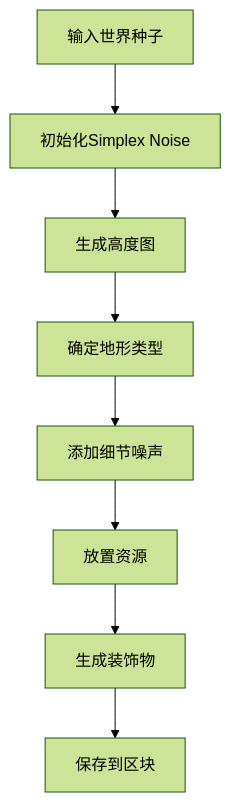
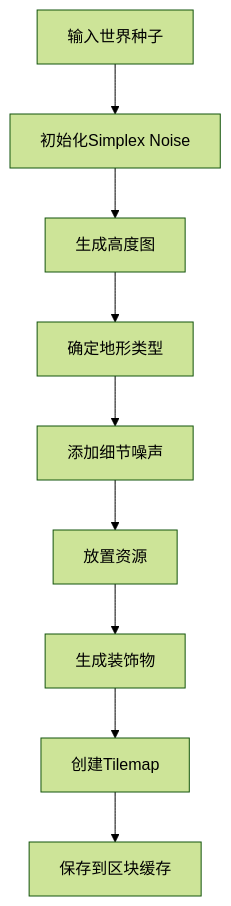
Before and after one commit to FCLONELY/Project-BCC: the third of 3 diagrams in .trae/documents/技术架构.md, drawn with Mermaid (forest theme). The commit also changed other lines of this file, not shown here.

````diff
--- a/.trae/documents/技术架构.md
+++ b/.trae/documents/技术架构.md
@@ -175,10 +202,11 @@
 ```mermaid
 flowchart TD
     A[输入世界种子] --> B[初始化Simplex Noise]
     B --> C[生成高度图]
     C --> D[确定地形类型]
     D --> E[添加细节噪声]
     E --> F[放置资源]
     F --> G[生成装饰物]
-    G --> H[保存到区块]
+    G --> H[创建Tilemap]
+    H --> I[保存到区块缓存]
 ```
````
